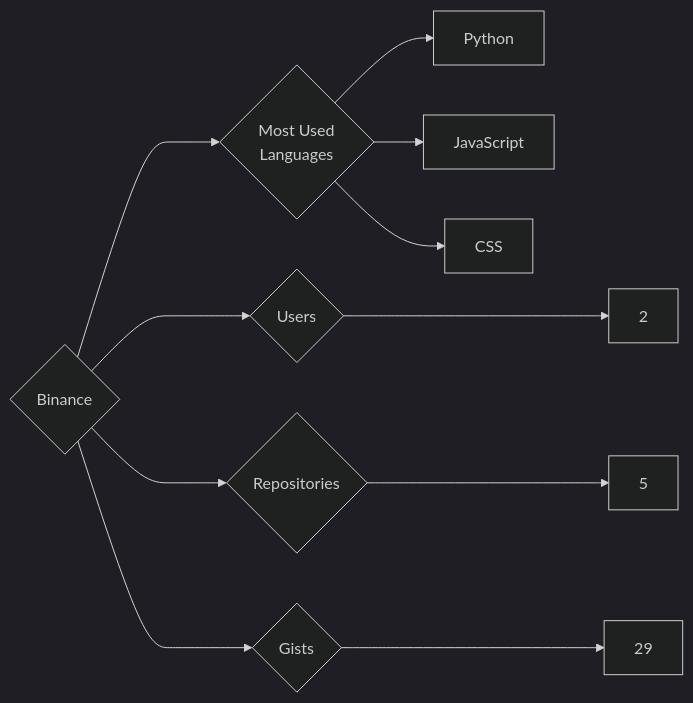
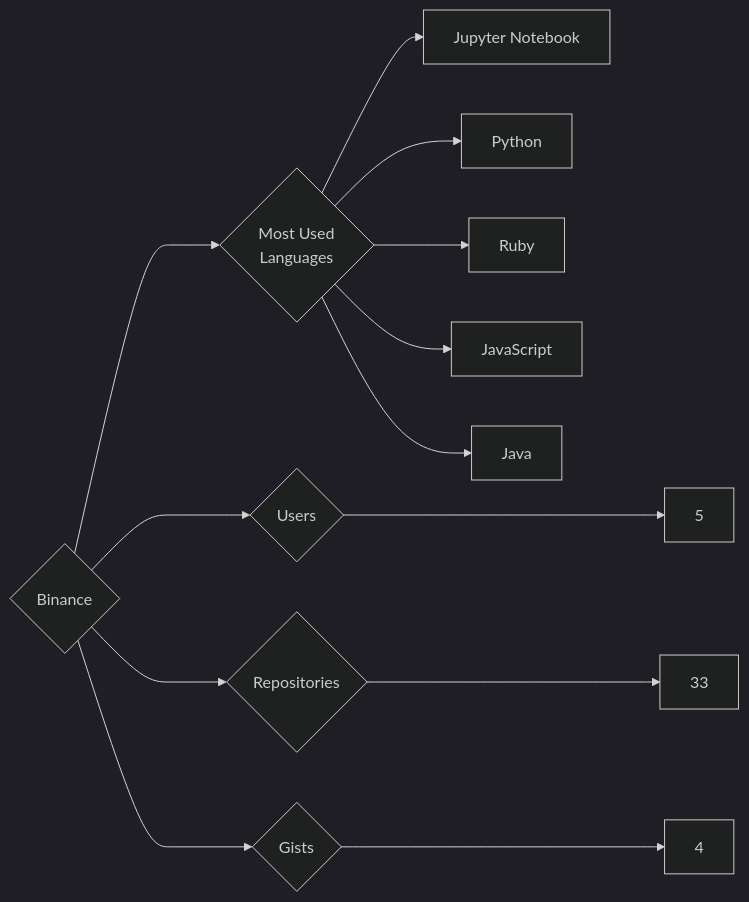
The diagram in targets/Binance/README.md (trickest/insiders), drawn with Mermaid (dark theme) before and after one commit. The commit also changed 1089 other files, not shown here.

````diff
--- a/targets/Binance/README.md
+++ b/targets/Binance/README.md
@@ -3,11 +3,13 @@
 ```mermaid
 graph LR
 COMPANY_NAME{Binance}
-COMPANY_NAME ---> U{Users} ---> UN[2]
-COMPANY_NAME ---> R{Repositories} ---> RN[5]
-COMPANY_NAME ---> G{Gists} ---> GN[29]
+COMPANY_NAME ---> U{Users} ---> UN[5]
+COMPANY_NAME ---> R{Repositories} ---> RN[33]
+COMPANY_NAME ---> G{Gists} ---> GN[4]
 COMPANY_NAME ---> ML{Most Used<br>Languages}
+ML --> Jupyter_Notebook[Jupyter Notebook]
 ML --> Python[Python]
+ML --> Ruby[Ruby]
 ML --> JavaScript[JavaScript]
-ML --> CSS[CSS]
+ML --> Java[Java]
 ```
````
